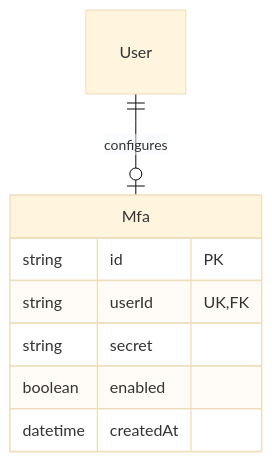
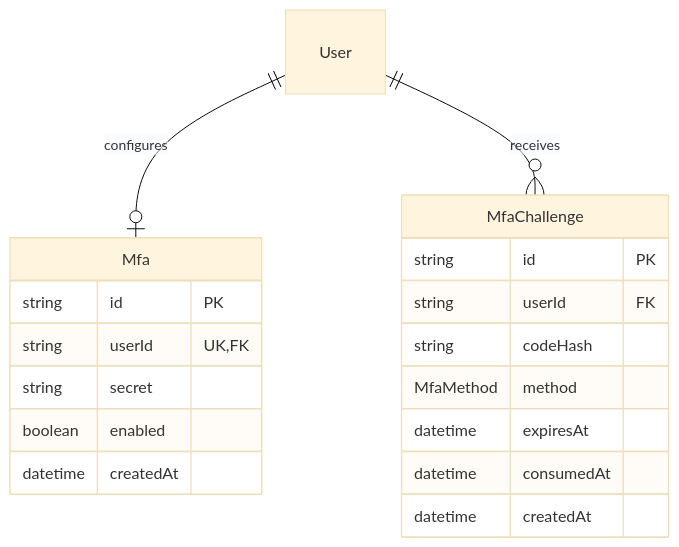
The sixth of 7 diagrams in Database Design.md (Erics-Barbers/erics-barbers-docs), drawn with Mermaid (base theme) before and after one commit. The commit also changed other lines of this file and 6 other files, not shown here.

````diff
--- a/Database Design.md
+++ b/Database Design.md
@@ -266,12 +303,23 @@
 ```mermaid
 erDiagram
     User ||--o| Mfa : configures
+    User ||--o{ MfaChallenge : receives
 
     Mfa {
         string id PK
         string userId UK, FK
         string secret
         boolean enabled
         datetime createdAt
     }
+
+    MfaChallenge {
+        string id PK
+        string userId FK
+        string codeHash
+        MfaMethod method
+        datetime expiresAt
+        datetime consumedAt
+        datetime createdAt
+    }
 ```
````
